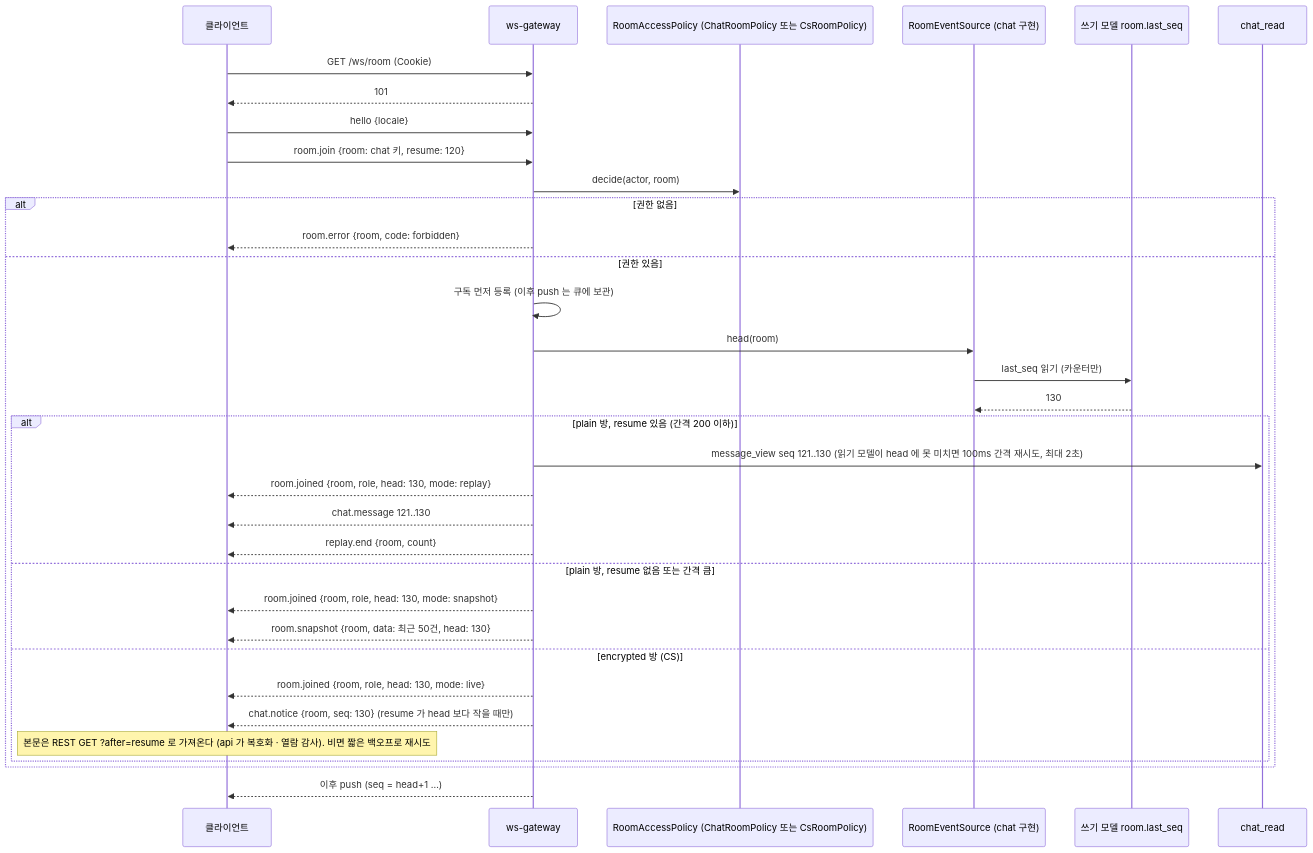
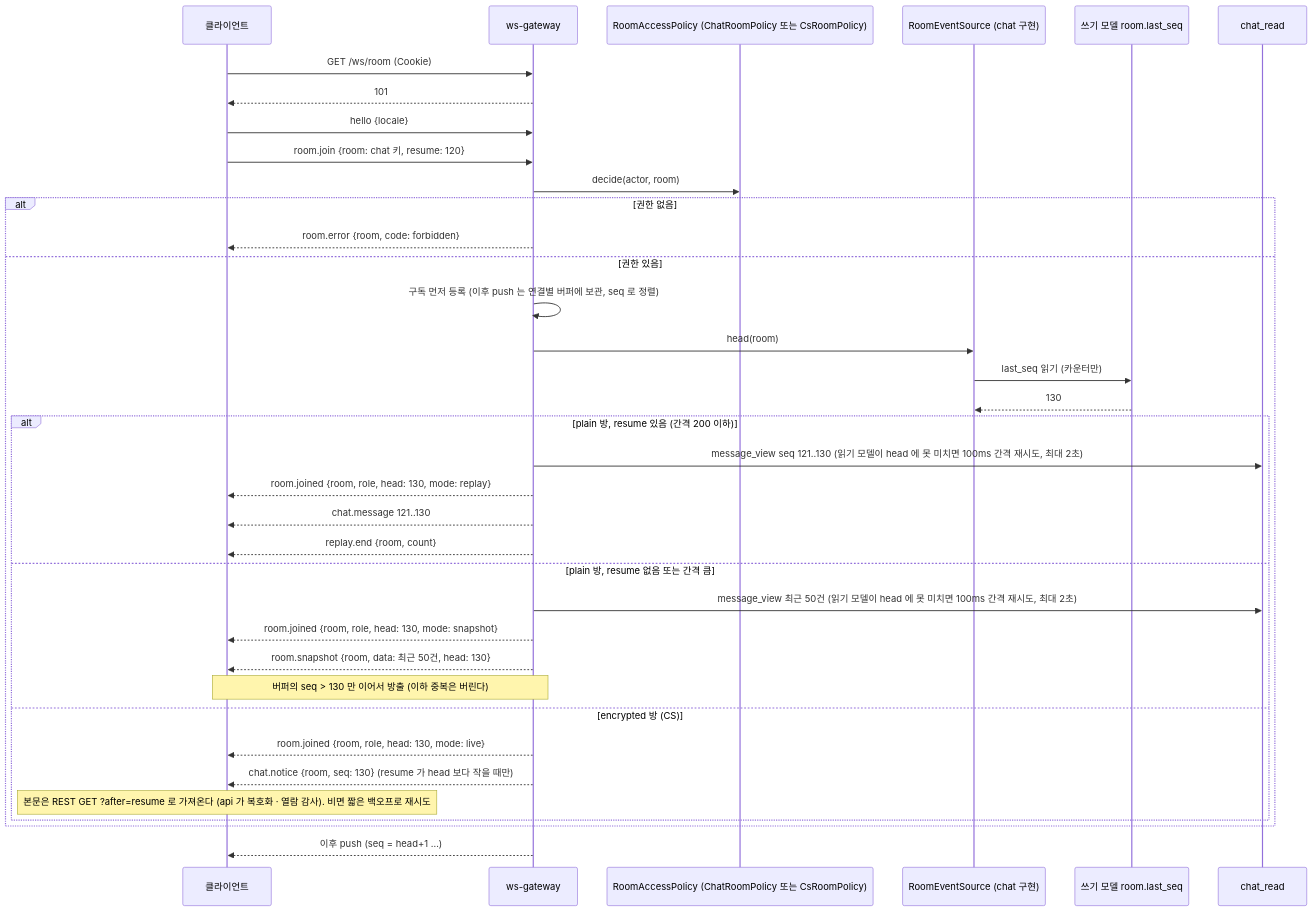
Before and after one commit to 1985jwlee/portpolio_backend: the ninth of 14 diagrams in docs/design/phases/04-chat.md, drawn with Mermaid. The commit also changed other lines of this file and 33 other files, not shown here.

````diff
--- a/docs/design/phases/04-chat.md
+++ b/docs/design/phases/04-chat.md
@@ -412,36 +417,38 @@
 ```mermaid
 sequenceDiagram
     participant C as 클라이언트
     participant G as ws-gateway
     participant P as RoomAccessPolicy (ChatRoomPolicy 또는 CsRoomPolicy)
     participant E as RoomEventSource (chat 구현)
     participant W as 쓰기 모델 room.last_seq
     participant R as chat_read
     C->>G: GET /ws/room (Cookie)
     G-->>C: 101
     C->>G: hello {locale}
     C->>G: room.join {room: chat 키, resume: 120}
     G->>P: decide(actor, room)
     alt 권한 없음
         G-->>C: room.error {room, code: forbidden}
     else 권한 있음
-        G->>G: 구독 먼저 등록 (이후 push 는 큐에 보관)
+        G->>G: 구독 먼저 등록 (이후 push 는 연결별 버퍼에 보관, seq 로 정렬)
         G->>E: head(room)
         E->>W: last_seq 읽기 (카운터만)
         W-->>E: 130
         alt plain 방, resume 있음 (간격 200 이하)
             G->>R: message_view seq 121..130 (읽기 모델이 head 에 못 미치면 100ms 간격 재시도, 최대 2초)
             G-->>C: room.joined {room, role, head: 130, mode: replay}
             G-->>C: chat.message 121..130
             G-->>C: replay.end {room, count}
         else plain 방, resume 없음 또는 간격 큼
+            G->>R: message_view 최근 50건 (읽기 모델이 head 에 못 미치면 100ms 간격 재시도, 최대 2초)
             G-->>C: room.joined {room, role, head: 130, mode: snapshot}
             G-->>C: room.snapshot {room, data: 최근 50건, head: 130}
+            Note over G,C: 버퍼의 seq > 130 만 이어서 방출 (이하 중복은 버린다)
         else encrypted 방 (CS)
             G-->>C: room.joined {room, role, head: 130, mode: live}
             G-->>C: chat.notice {room, seq: 130} (resume 가 head 보다 작을 때만)
             Note over C: 본문은 REST GET ?after=resume 로 가져온다 (api 가 복호화 · 열람 감사). 비면 짧은 백오프로 재시도
         end
     end
     G-->>C: 이후 push (seq = head+1 …)
 ```
````
